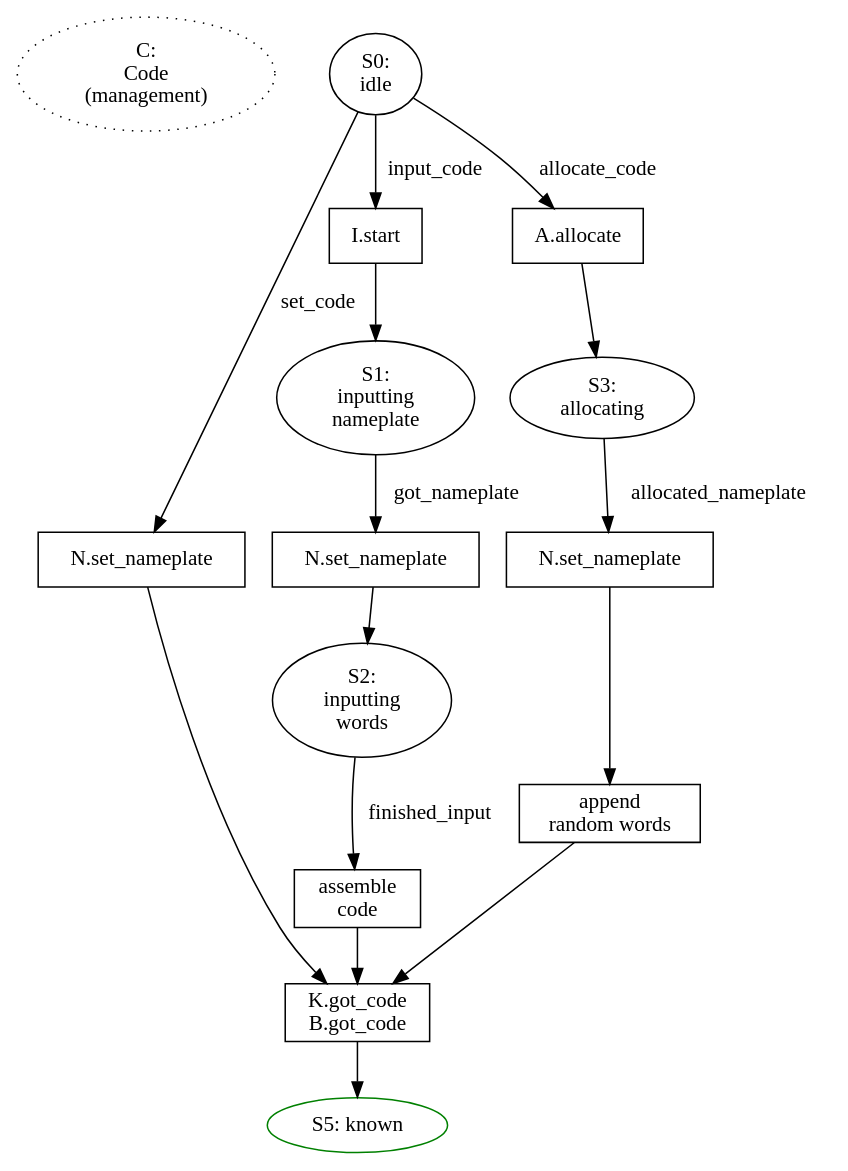
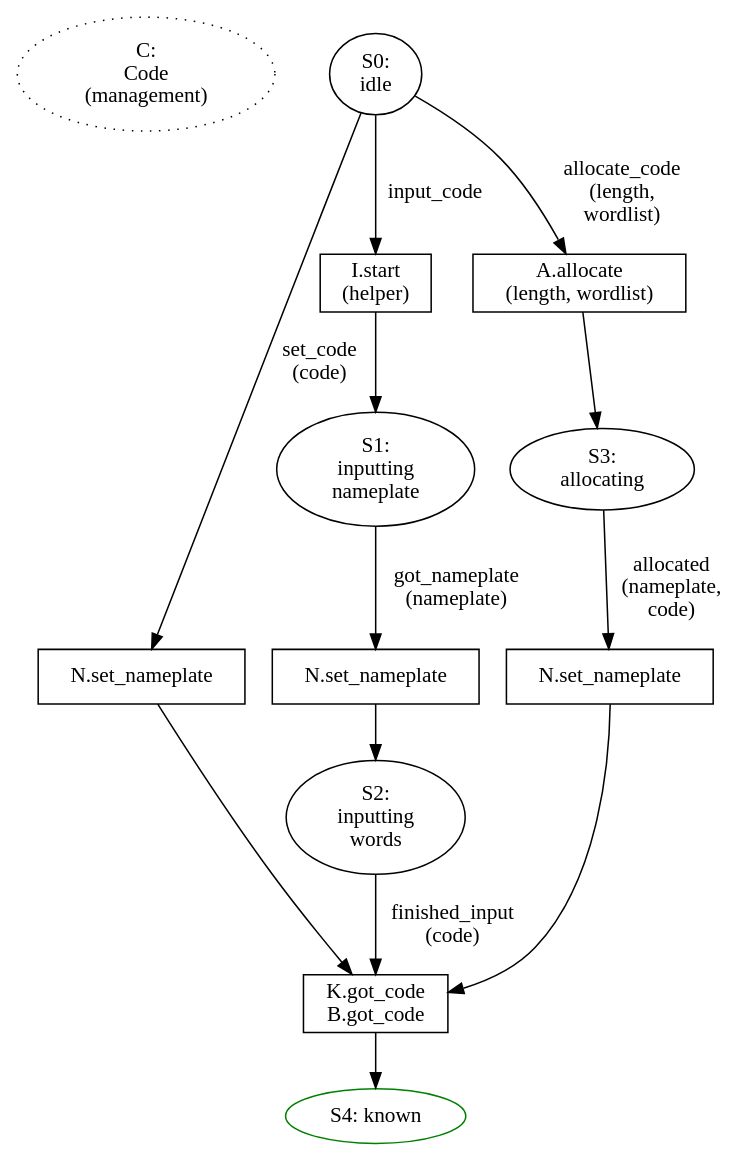
The diagram in docs/state-machines/code.dot (magic-wormhole/magic-wormhole), drawn with Graphviz before and after one commit. The commit also changed 12 other files, not shown here.

```diff
--- a/docs/state-machines/code.dot
+++ b/docs/state-machines/code.dot
@@ -1,39 +1,34 @@
 digraph {
 
         start [label="C:\nCode\n(management)" style="dotted"]
         {rank=same; start S0}
         start -> S0 [style="invis"]
         S0 [label="S0:\nidle"]
-        S0 -> P0_got_code [label="set_code"]
+        S0 -> P0_got_code [label="set_code\n(code)"]
         P0_got_code [shape="box" label="N.set_nameplate"]
         P0_got_code -> P_done
         P_done [shape="box" label="K.got_code\nB.got_code"]
-        P_done -> S5
-        S5 [label="S5: known" color="green"]
+        P_done -> S4
+        S4 [label="S4: known" color="green"]
 
         {rank=same; S1_inputting_nameplate S3_allocating}
         {rank=same; P0_got_code P1_set_nameplate P3_got_nameplate}
         S0 -> P_input [label="input_code"]
-        P_input [shape="box" label="I.start"]
+        P_input [shape="box" label="I.start\n(helper)"]
         P_input -> S1_inputting_nameplate
         S1_inputting_nameplate [label="S1:\ninputting\nnameplate"]
-        S1_inputting_nameplate -> P1_set_nameplate [label="got_nameplate"]
+        S1_inputting_nameplate -> P1_set_nameplate [label="got_nameplate\n(nameplate)"]
         P1_set_nameplate [shape="box" label="N.set_nameplate"]
         P1_set_nameplate -> S2_inputting_words
         S2_inputting_words [label="S2:\ninputting\nwords"]
-        S2_inputting_words -> P1_got_words [label="finished_input"]
-        P1_got_words [shape="box" label="assemble\ncode"]
-        P1_got_words -> P_done
-        P_done
+        S2_inputting_words -> P_done [label="finished_input\n(code)"]
 
-        S0 -> P_allocate [label="allocate_code"]
-        P_allocate [shape="box" label="A.allocate"]
+        S0 -> P_allocate [label="allocate_code\n(length,\nwordlist)"]
+        P_allocate [shape="box" label="A.allocate\n(length, wordlist)"]
         P_allocate -> S3_allocating
         S3_allocating [label="S3:\nallocating"]
-        S3_allocating -> P3_got_nameplate [label="allocated_nameplate"]
+        S3_allocating -> P3_got_nameplate [label="allocated\n(nameplate,\ncode)"]
         P3_got_nameplate [shape="box" label="N.set_nameplate"]
-        P3_got_nameplate -> P3_generate
-        P3_generate [shape="box" label="append\nrandom words"]
-        P3_generate -> P_done
+        P3_got_nameplate -> P_done
 
 }
```
